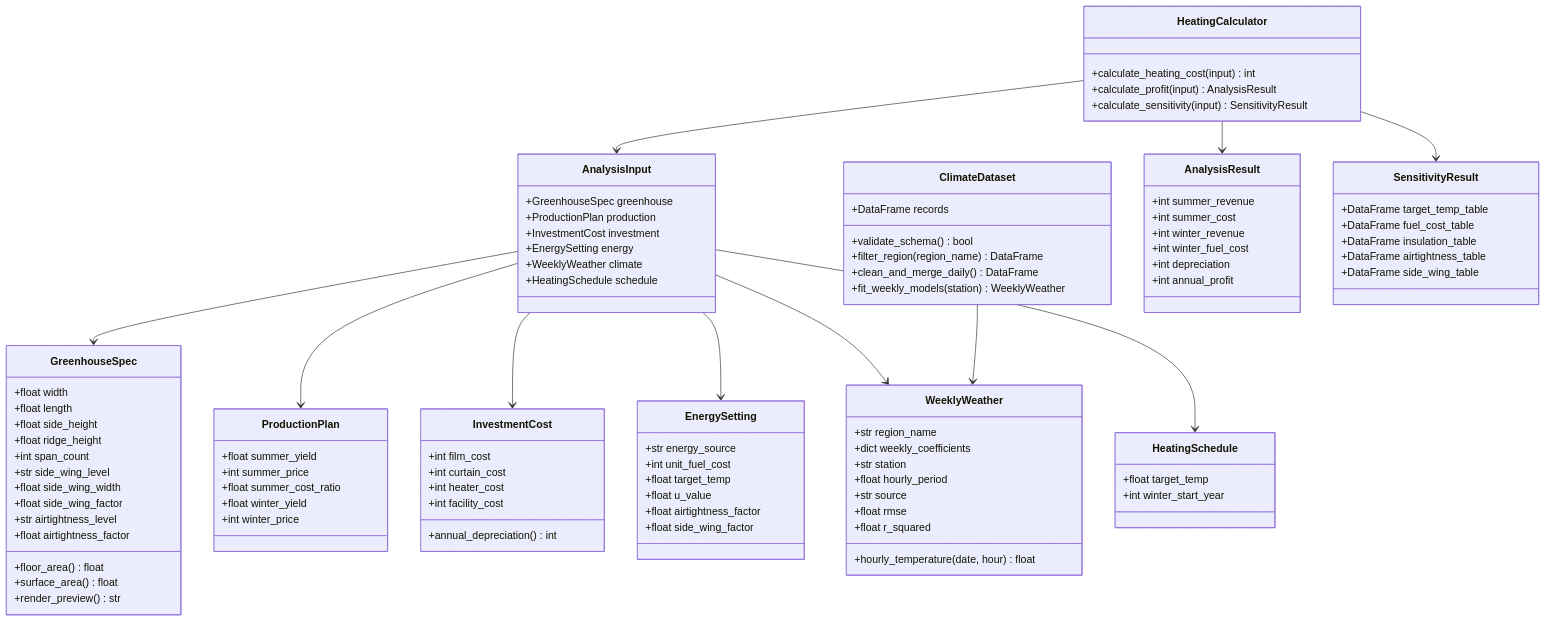
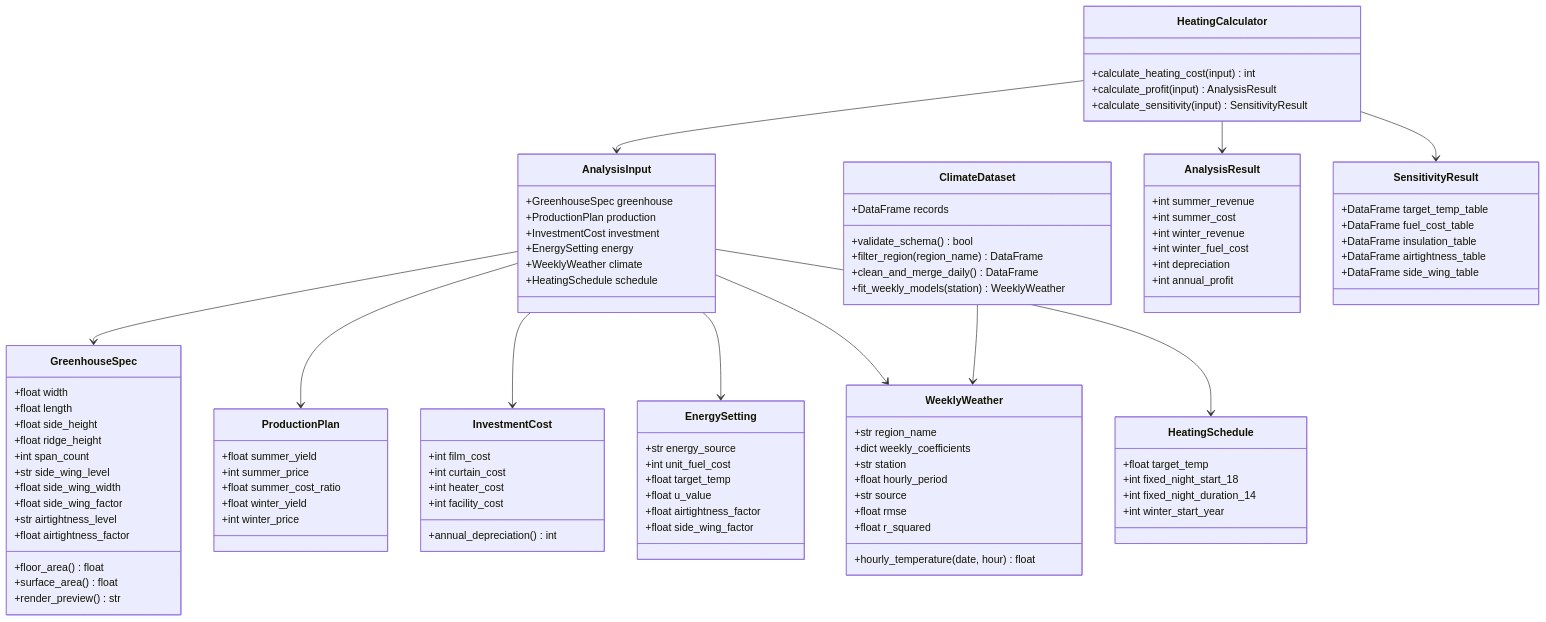
Before and after one commit to kuk-jong/fig-heating-decision-app: the second of 5 diagrams in releases/v0.5/docs/APP_BLUEPRINT.md, drawn with Mermaid. The commit also changed other lines of this file and 13 other files, not shown here.

```diff
--- a/releases/v0.5/docs/APP_BLUEPRINT.md
+++ b/releases/v0.5/docs/APP_BLUEPRINT.md
@@ -134,6 +136,8 @@
 
     class HeatingSchedule {
         +float target_temp
+        +int fixed_night_start_18
+        +int fixed_night_duration_14
         +int winter_start_year
     }
 
```
